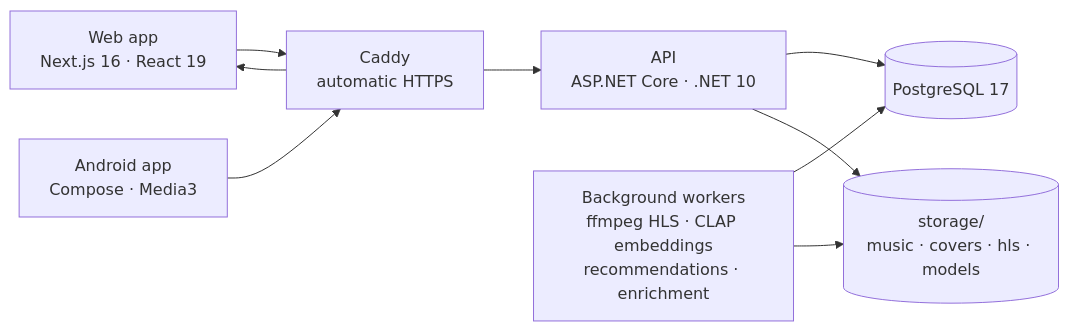
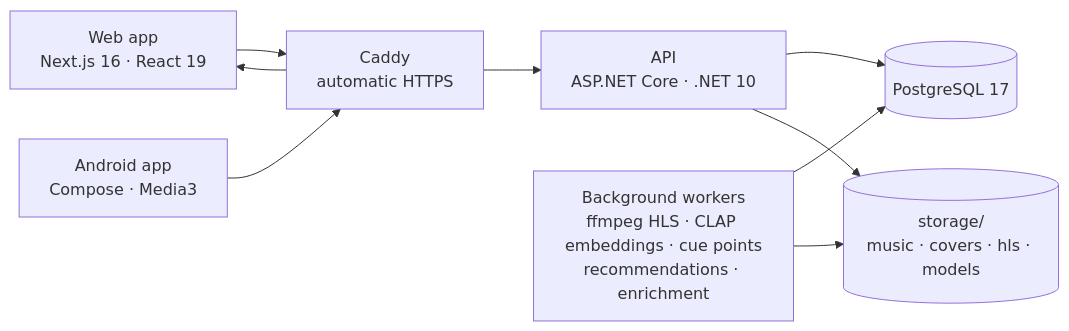
One commit to BulatRuslanovich/music-streaming changed the diagram in README.md. Above: the diagram before and after it, drawn with Mermaid. The commit also changed other lines of this file and 67 other files, not shown here.

````diff
--- a/README.md
+++ b/README.md
@@ -113,19 +121,19 @@
 ```mermaid
 flowchart LR
     web["Web app<br/>Next.js 16 · React 19"]
     android["Android app<br/>Compose · Media3"]
     caddy["Caddy<br/>automatic HTTPS"]
     api["API<br/>ASP.NET Core · .NET 10"]
-    workers["Background workers<br/>ffmpeg HLS · CLAP embeddings<br/>recommendations · enrichment"]
+    workers["Background workers<br/>ffmpeg HLS · CLAP embeddings · cue points<br/>recommendations · enrichment"]
     db[("PostgreSQL 17")]
     disk[("storage/<br/>music · covers · hls · models")]
 
     web --> caddy
     android --> caddy
     caddy --> api
     caddy --> web
     api --> db
     api --> disk
     workers --> db
     workers --> disk
 ```
````
